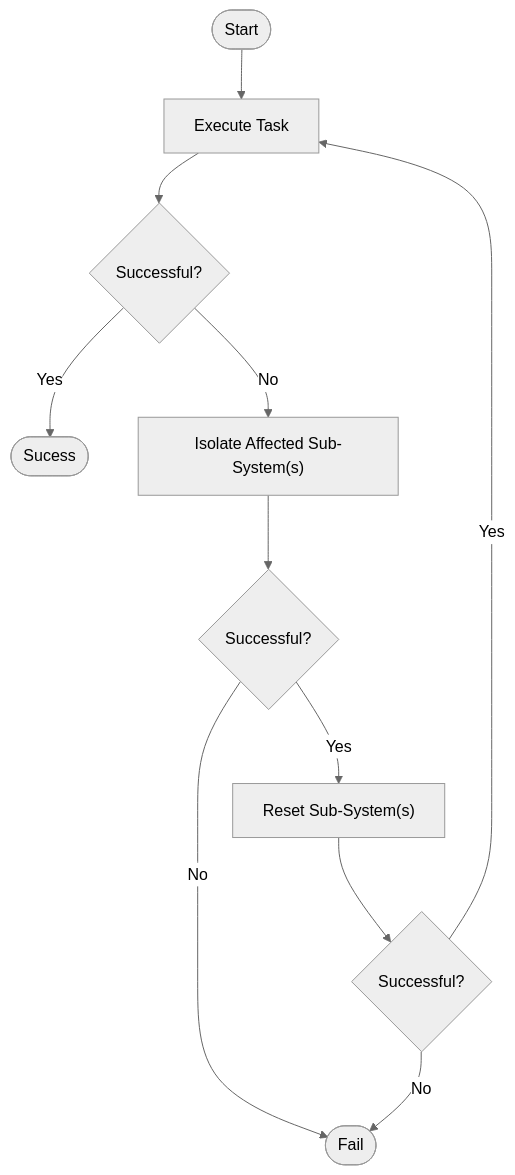
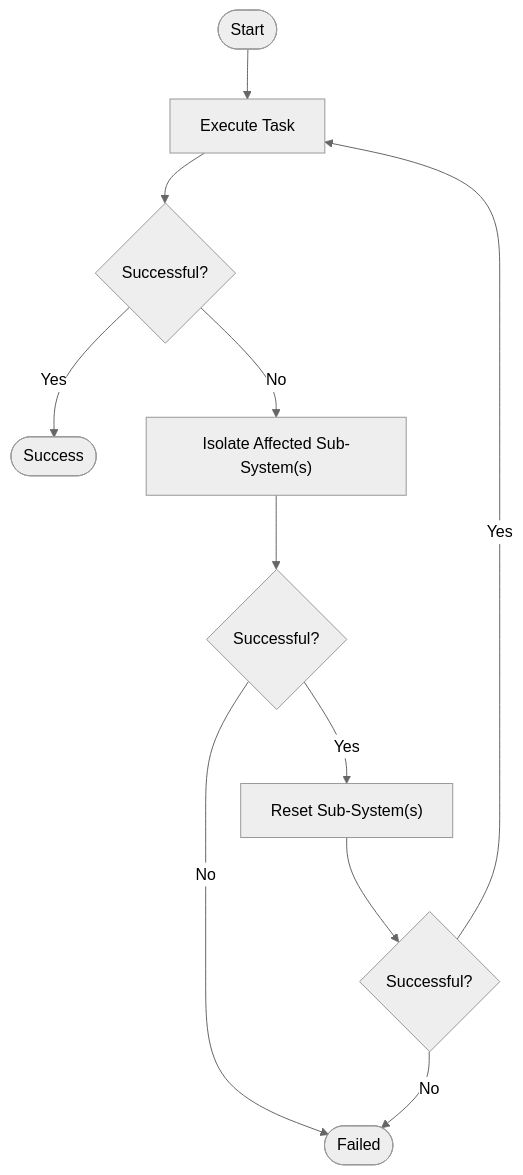
One commit to ORNL/intersect-architecture changed the diagram in sos/logical/resilience/reinitialization/workflow.mmd. Above: the diagram before and after it, drawn with Mermaid (neutral theme). The commit also changed 7 other files, not shown here.

```diff
--- a/sos/logical/resilience/reinitialization/workflow.mmd
+++ b/sos/logical/resilience/reinitialization/workflow.mmd
@@ -1,11 +1,11 @@
 flowchart TD
     A(["Start"]) --> B["Execute Task"]
     B --> C{"Successful?"}
-    C -->|Yes| D(["Sucess"])
+    C -->|Yes| D(["Success"])
     C -->|No| E["Isolate Affected Sub-System(s)"]
     E --> F{"Successful?"}
     F -->|Yes| G["Reset Sub-System(s)"]
-    F -->|No| H(["Fail"])
+    F -->|No| H(["Failed"])
     G --> I{"Successful?"}
     I -->|Yes| B
     I -->|No| H
```
